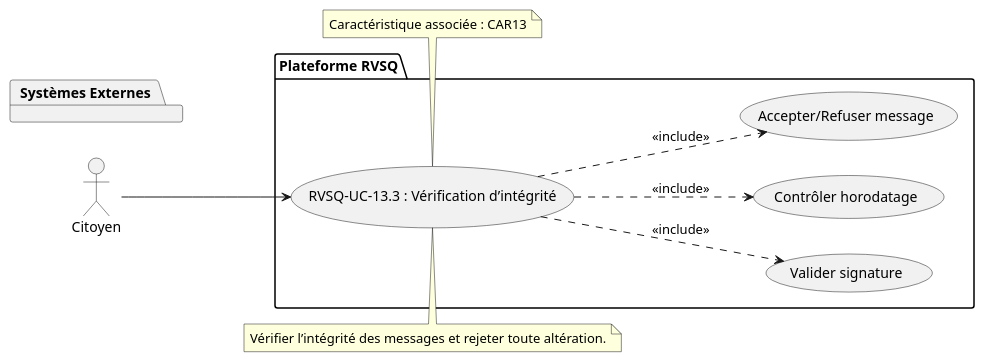
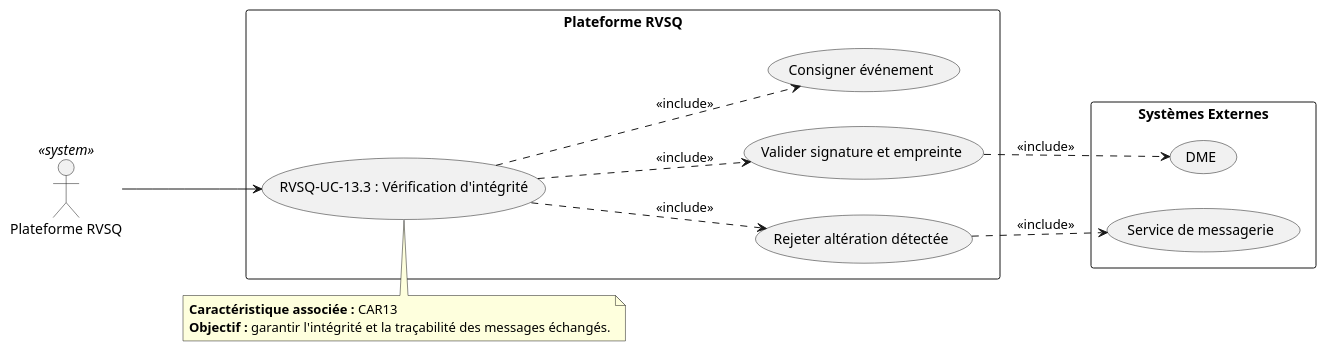
The diagram in RVSQ-UC-13_3_Verification_Integrite.puml (serghino/use-cases-RVSQ), drawn with PlantUML before and after one commit. The commit also changed 25 other files, not shown here.

```diff
--- a/RVSQ-UC-13_3_Verification_Integrite.puml
+++ b/RVSQ-UC-13_3_Verification_Integrite.puml
@@ -1,29 +1,30 @@
 @startuml RVSQ-UC-13_3_Verification_Integrite
 left to right direction
-actor "Citoyen" as a1
 
-package "Plateforme RVSQ" {
-  usecase "RVSQ-UC-13.3 : Vérification d’intégrité" as UC133
-  usecase "Valider signature" as UC133_1
-  usecase "Contrôler horodatage" as UC133_2
-  usecase "Accepter/Refuser message" as UC133_3
+actor "Plateforme RVSQ" as RVSQActor <<system>>
+
+rectangle "Plateforme RVSQ" {
+  usecase "RVSQ-UC-13.3 : Vérification d'intégrité" as UC133
+  usecase "Valider signature et empreinte" as UC133_A
+  usecase "Rejeter altération détectée" as UC133_B
+  usecase "Consigner événement" as UC133_C
 }
 
-package "Systèmes Externes" {
-  
+rectangle "Systèmes Externes" {
+  usecase "DME" as DME
+  usecase "Service de messagerie" as MSG
 }
 
-a1 --> UC133
+RVSQActor --> UC133
+UC133 ..> UC133_A : <<include>>
+UC133 ..> UC133_B : <<include>>
+UC133 ..> UC133_C : <<include>>
 
-UC133 ..> UC133_1 : <<include>>
-UC133 ..> UC133_2 : <<include>>
-UC133 ..> UC133_3 : <<include>>
+UC133_A ..> DME : <<include>>
+UC133_B ..> MSG : <<include>>
 
 note top of UC133
-Vérifier l’intégrité des messages et rejeter toute altération.
-end note
-
-note bottom of UC133
-Caractéristique associée : CAR13
+  **Caractéristique associée :** CAR13  
+  **Objectif :** garantir l'intégrité et la traçabilité des messages échangés.
 end note
 @enduml
```
